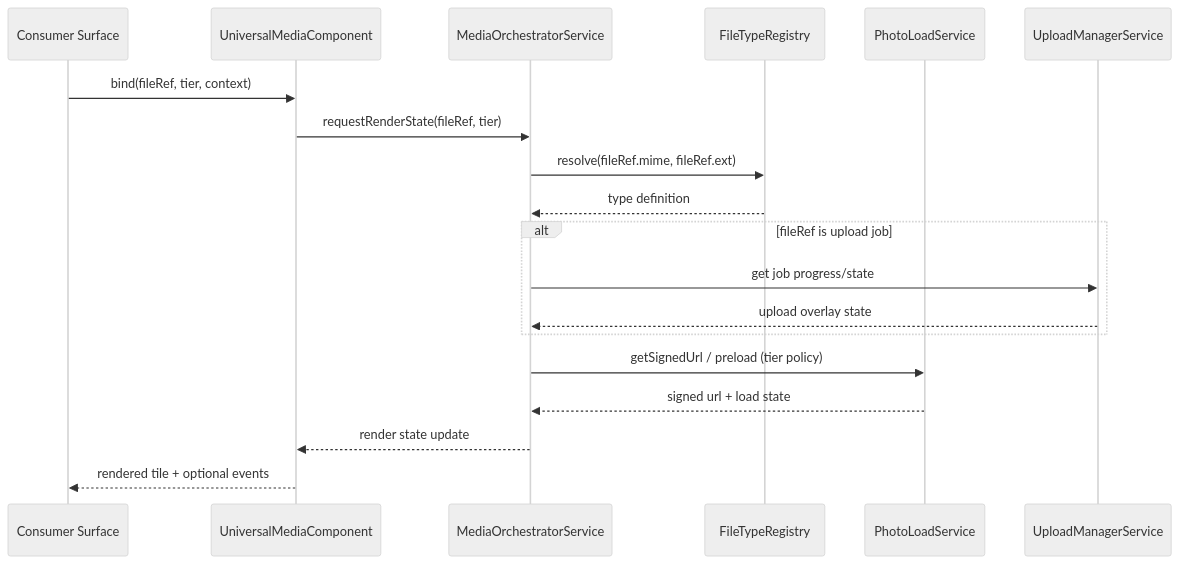
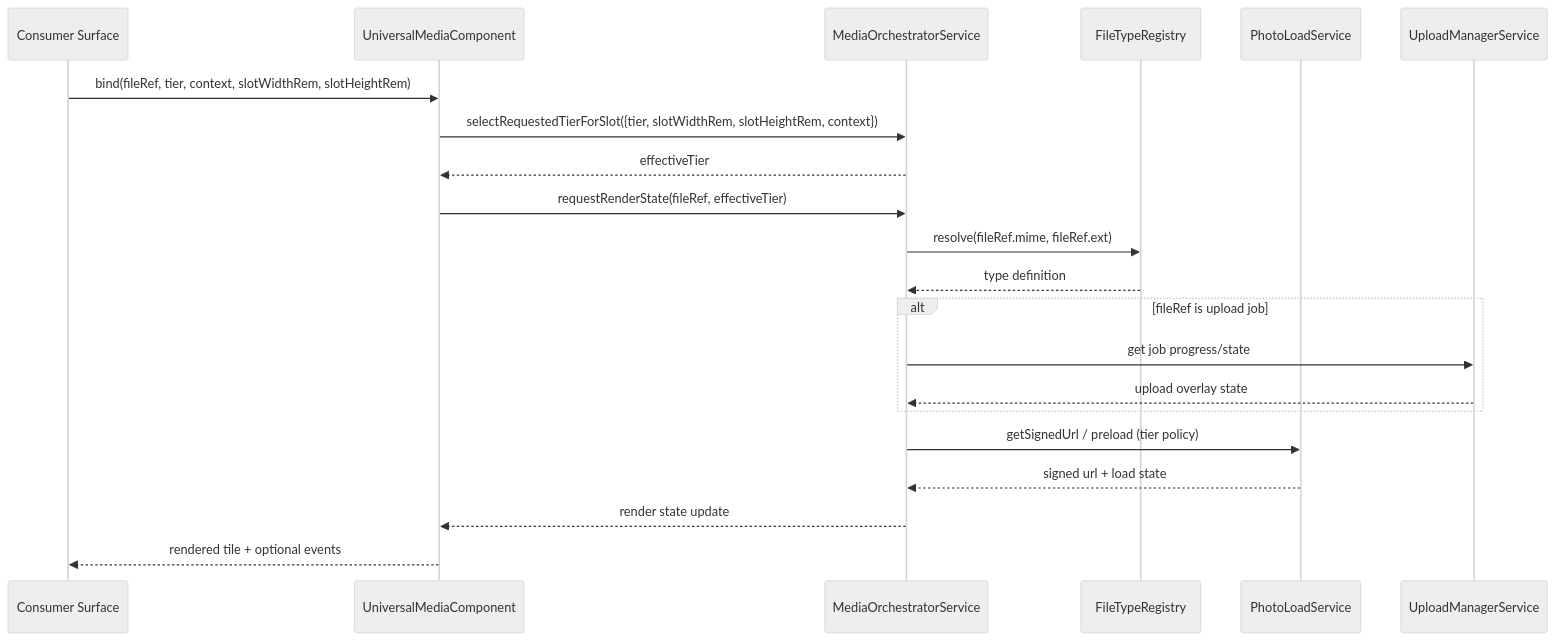
The second of 2 diagrams in docs/element-specs/media-renderer-system.md (matkleve/feldpost), drawn with Mermaid (neutral theme) before and after one commit. The commit also changed other lines of this file and 54 other files, not shown here.

````diff
--- a/docs/element-specs/media-renderer-system.md
+++ b/docs/element-specs/media-renderer-system.md
@@ -137,24 +143,26 @@
 ```mermaid
 sequenceDiagram
   participant Consumer as Consumer Surface
   participant Universal as UniversalMediaComponent
   participant Orchestrator as MediaOrchestratorService
   participant Registry as FileTypeRegistry
   participant PhotoLoad as PhotoLoadService
   participant Upload as UploadManagerService
 
-  Consumer->>Universal: bind(fileRef, tier, context)
-  Universal->>Orchestrator: requestRenderState(fileRef, tier)
+  Consumer->>Universal: bind(fileRef, tier, context, slotWidthRem, slotHeightRem)
+  Universal->>Orchestrator: selectRequestedTierForSlot({tier, slotWidthRem, slotHeightRem, context})
+  Orchestrator-->>Universal: effectiveTier
+  Universal->>Orchestrator: requestRenderState(fileRef, effectiveTier)
   Orchestrator->>Registry: resolve(fileRef.mime, fileRef.ext)
   Registry-->>Orchestrator: type definition
 
   alt fileRef is upload job
     Orchestrator->>Upload: get job progress/state
     Upload-->>Orchestrator: upload overlay state
   end
 
   Orchestrator->>PhotoLoad: getSignedUrl / preload (tier policy)
   PhotoLoad-->>Orchestrator: signed url + load state
   Orchestrator-->>Universal: render state update
   Universal-->>Consumer: rendered tile + optional events
 ```
````
